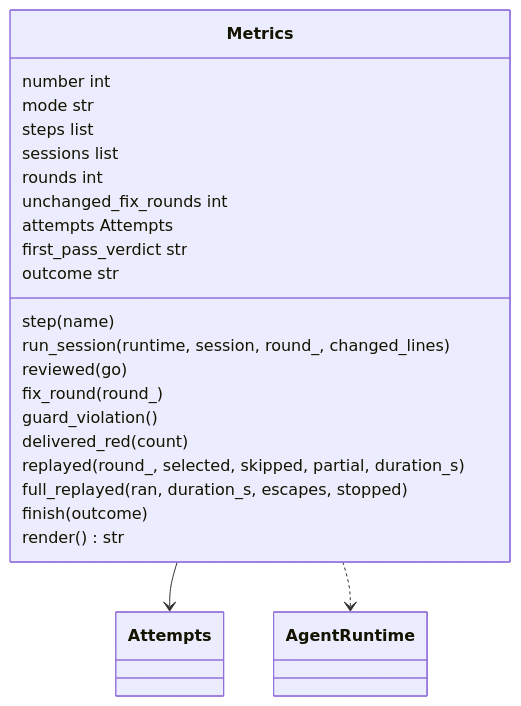
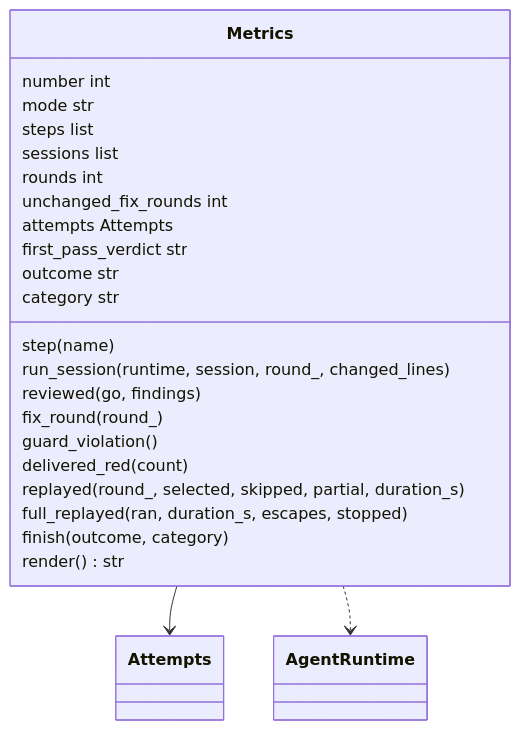
Before and after one commit to plaplanche/ariane: the second of 3 diagrams in docs/architecture/modules/metrics.md, drawn with Mermaid. The commit also changed other lines of this file and 34 other files, not shown here.

````diff
--- a/docs/architecture/modules/metrics.md
+++ b/docs/architecture/modules/metrics.md
@@ -39,26 +40,27 @@
 ```mermaid
 classDiagram
 class Metrics {
   number int
   mode str
   steps list
   sessions list
   rounds int
   unchanged_fix_rounds int
   attempts Attempts
   first_pass_verdict str
   outcome str
+  category str
   step(name)
   run_session(runtime, session, round_, changed_lines)
-  reviewed(go)
+  reviewed(go, findings)
   fix_round(round_)
   guard_violation()
   delivered_red(count)
   replayed(round_, selected, skipped, partial, duration_s)
   full_replayed(ran, duration_s, escapes, stopped)
-  finish(outcome)
+  finish(outcome, category)
   render() str
 }
 Metrics --> Attempts
 Metrics ..> AgentRuntime
 ```
````
